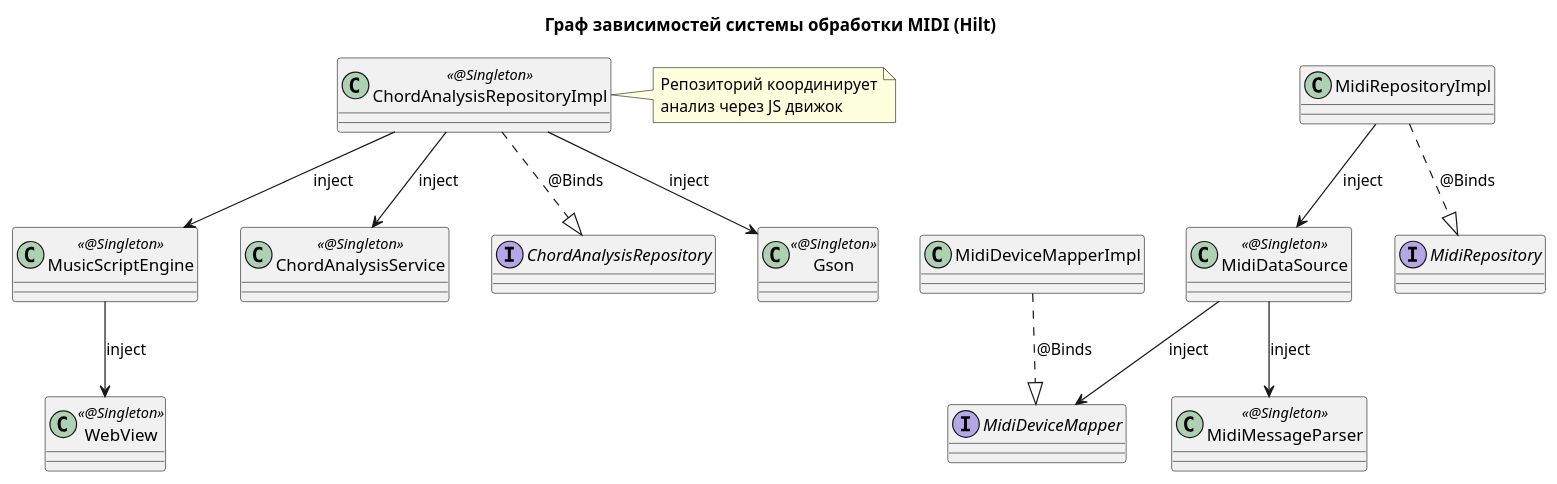
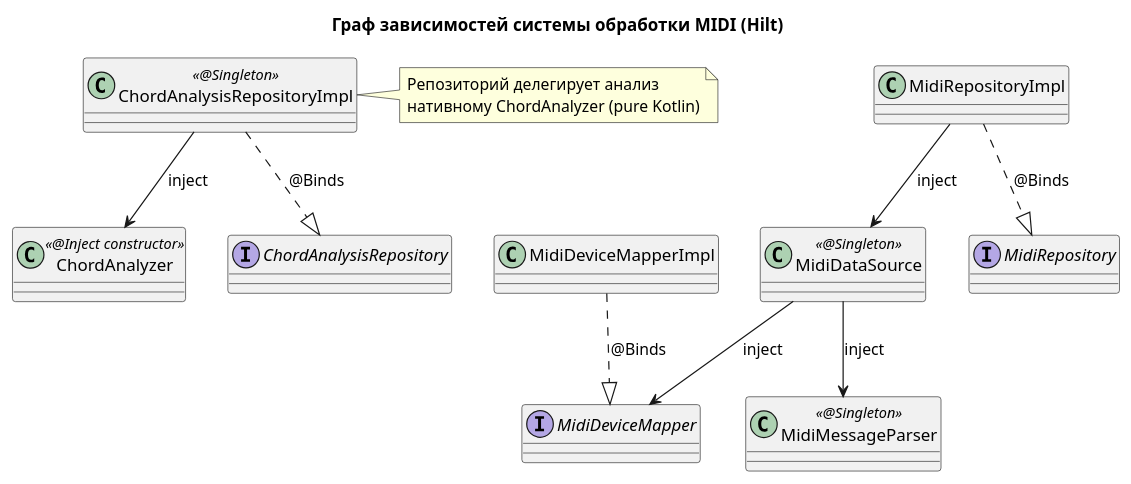
The fifth of 10 diagrams in docs/ru/specs/MIDI_MESSAGE_PROCESSING.md (astrizhachuk/PianoFlow), drawn with PlantUML before and after one commit. The commit also changed other lines of this file and 30 other files, not shown here.

First line of the commit message:
feat(domain): native Kotlin chord analysis service (#16)

````diff
--- a/docs/ru/specs/MIDI_MESSAGE_PROCESSING.md
+++ b/docs/ru/specs/MIDI_MESSAGE_PROCESSING.md
@@ -288,40 +282,34 @@
 ```plantuml
 @startuml
 title Граф зависимостей системы обработки MIDI (Hilt)
 
 class MidiMessageParser <<@Singleton>>
-class MusicScriptEngine <<@Singleton>>
-class ChordAnalysisService <<@Singleton>>
+class ChordAnalyzer <<@Inject constructor>>
 class MidiDataSource <<@Singleton>>
 class MidiRepositoryImpl
 class ChordAnalysisRepositoryImpl <<@Singleton>>
 interface MidiRepository
 interface ChordAnalysisRepository
 interface MidiDeviceMapper
 class MidiDeviceMapperImpl
-class Gson <<@Singleton>>
-class WebView <<@Singleton>>
 
 ' Репозитории и их реализации (Binds)
 MidiRepositoryImpl ..|> MidiRepository : @Binds
 ChordAnalysisRepositoryImpl ..|> ChordAnalysisRepository : @Binds
 MidiDeviceMapperImpl ..|> MidiDeviceMapper : @Binds
 
 ' Зависимости репозиториев
 MidiRepositoryImpl --> MidiDataSource : inject
-ChordAnalysisRepositoryImpl --> MusicScriptEngine : inject
-ChordAnalysisRepositoryImpl --> ChordAnalysisService : inject
-ChordAnalysisRepositoryImpl --> Gson : inject
+ChordAnalysisRepositoryImpl --> ChordAnalyzer : inject
 
-' Источники данных и движки
+' Источники данных
 MidiDataSource --> MidiMessageParser : inject
 MidiDataSource --> MidiDeviceMapper : inject
-MusicScriptEngine --> WebView : inject
 
 note right of ChordAnalysisRepositoryImpl
-  Репозиторий координирует
-  анализ через JS движок
+  Репозиторий делегирует анализ
+  нативному ChordAnalyzer (pure Kotlin)
 end note
 
 @enduml
 ```
````
